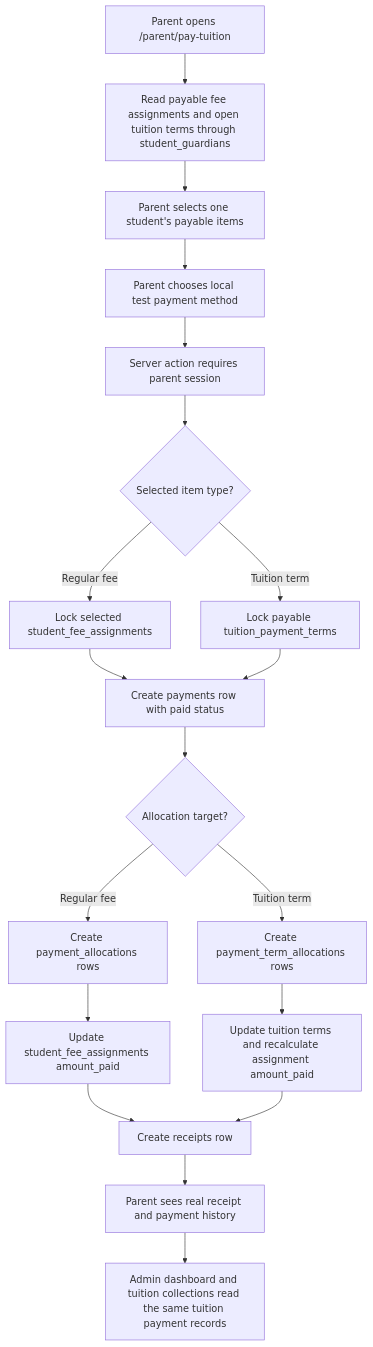
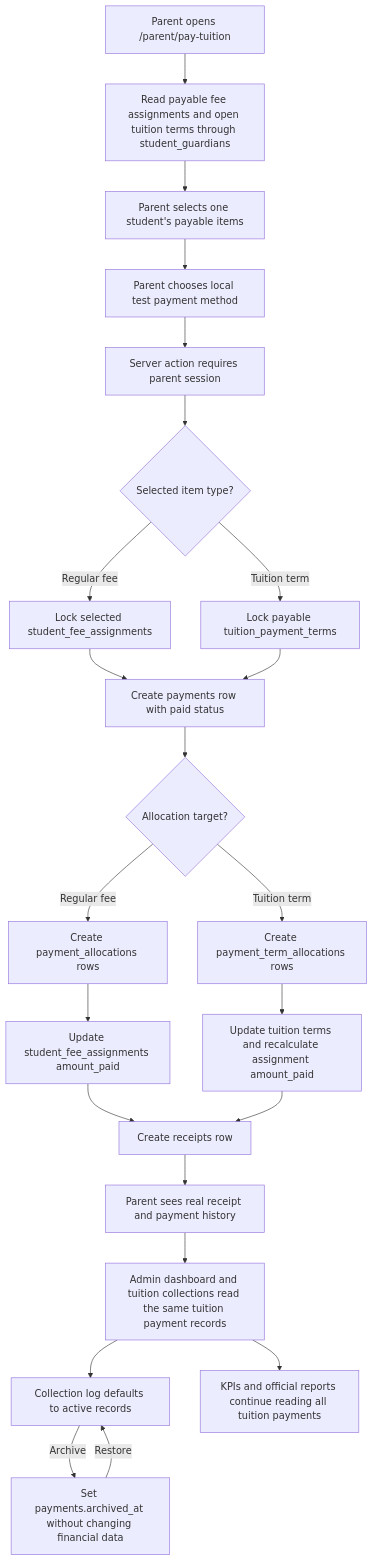
One commit to Xeyn19/xmetapay changed diagram 17 of 21 in docs/PROJECT_FLOWCHARTS.md. Above: the diagram before and after it, drawn with Mermaid. The commit also changed other lines of this file and 16 other files, not shown here.

````diff
--- a/docs/PROJECT_FLOWCHARTS.md
+++ b/docs/PROJECT_FLOWCHARTS.md
@@ -557,21 +557,25 @@
 ```mermaid
 flowchart TD
   A["Parent opens /parent/pay-tuition"] --> B["Read payable fee assignments and open tuition terms through student_guardians"]
   B --> C["Parent selects one student's payable items"]
   C --> D["Parent chooses local test payment method"]
   D --> E["Server action requires parent session"]
   E --> F{"Selected item type?"}
   F -->|Regular fee| G["Lock selected student_fee_assignments"]
   F -->|Tuition term| H["Lock payable tuition_payment_terms"]
   G --> I["Create payments row with paid status"]
   H --> I
   I --> J{"Allocation target?"}
   J -->|Regular fee| K["Create payment_allocations rows"]
   J -->|Tuition term| L["Create payment_term_allocations rows"]
   K --> M["Update student_fee_assignments amount_paid"]
   L --> N["Update tuition terms and recalculate assignment amount_paid"]
   M --> O["Create receipts row"]
   N --> O
   O --> P["Parent sees real receipt and payment history"]
   P --> Q["Admin dashboard and tuition collections read the same tuition payment records"]
+  Q --> R["Collection log defaults to active records"]
+  R -->|Archive| S["Set payments.archived_at without changing financial data"]
+  S -->|Restore| R
+  Q --> T["KPIs and official reports continue reading all tuition payments"]
 ```
````
